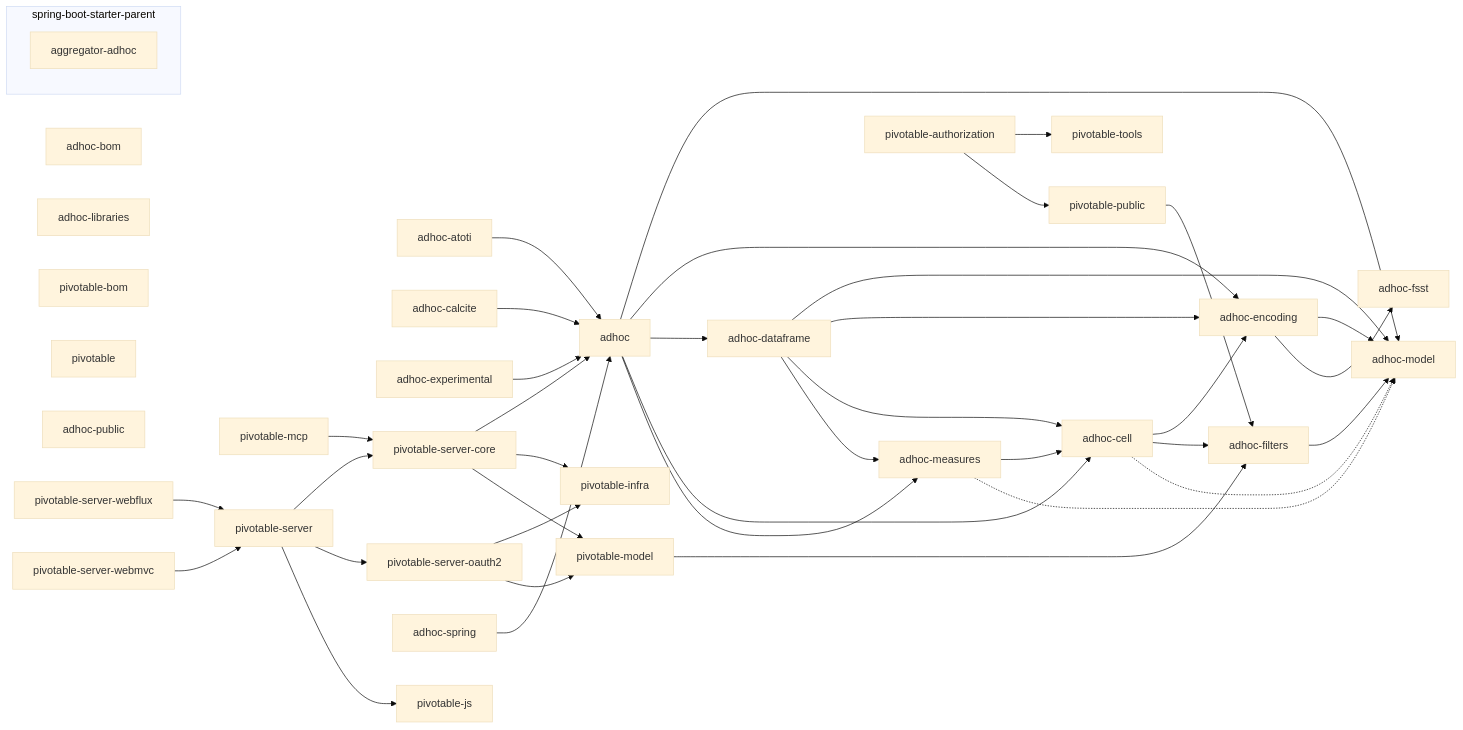
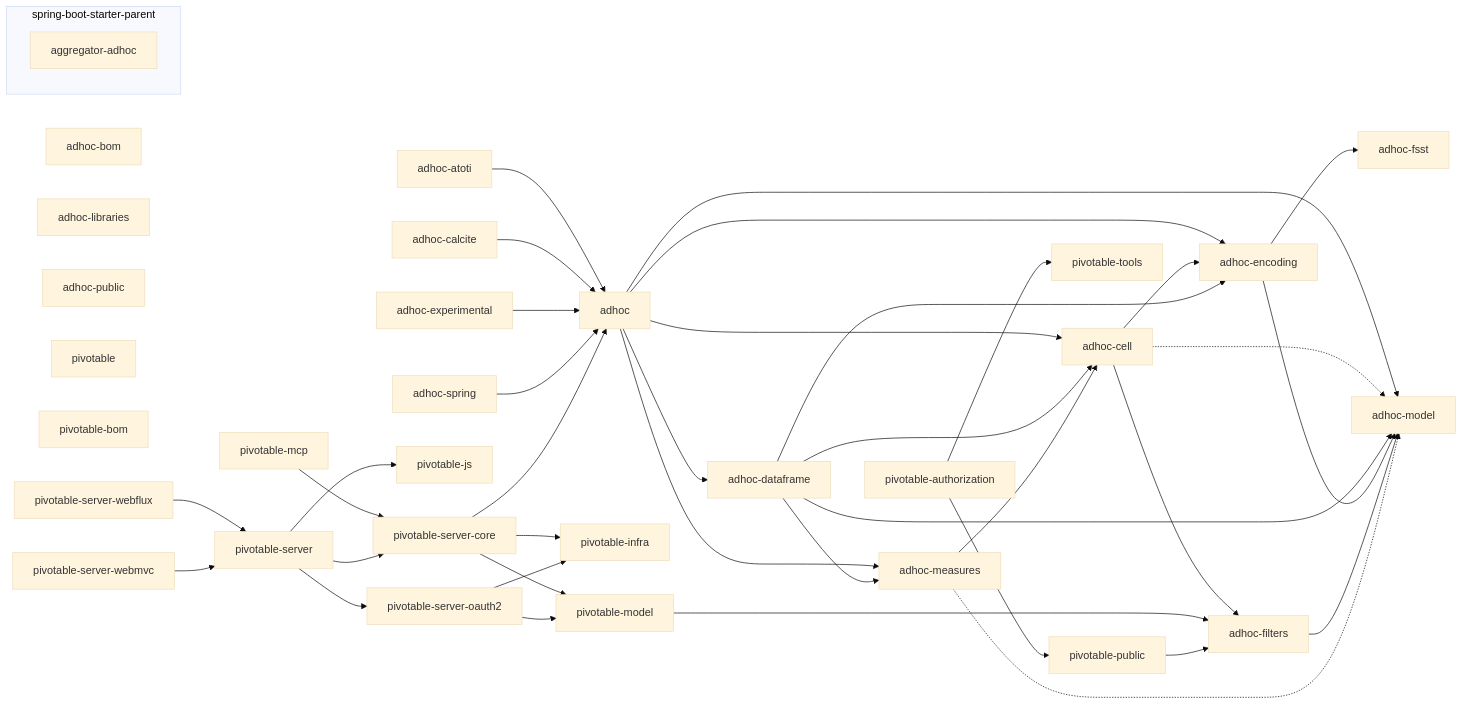
One commit to solven-eu/adhoc changed the diagram in docs/DEPENDENCIES.mmd. Above: the diagram before and after it, drawn with Mermaid (base theme). The commit also changed other lines of this file and 6 other files, not shown here.

Commit message:
Remove commented module-info, ensure ordering in Mermaid doc

```diff
--- a/docs/DEPENDENCIES.mmd
+++ b/docs/DEPENDENCIES.mmd
@@ -1,71 +1,71 @@
 flowchart LR
     adhoc["adhoc"]
     adhoc_atoti["adhoc-atoti"]
     adhoc_bom["adhoc-bom"]
     adhoc_calcite["adhoc-calcite"]
-    adhoc_experimental["adhoc-experimental"]
     adhoc_cell["adhoc-cell"]
     adhoc_dataframe["adhoc-dataframe"]
     adhoc_encoding["adhoc-encoding"]
+    adhoc_experimental["adhoc-experimental"]
     adhoc_filters["adhoc-filters"]
     adhoc_fsst["adhoc-fsst"]
+    adhoc_libraries["adhoc-libraries"]
     adhoc_measures["adhoc-measures"]
-    adhoc_libraries["adhoc-libraries"]
+    adhoc_model["adhoc-model"]
+    adhoc_public["adhoc-public"]
+    adhoc_spring["adhoc-spring"]
+    pivotable["pivotable"]
     pivotable_authorization["pivotable-authorization"]
     pivotable_bom["pivotable-bom"]
+    pivotable_infra["pivotable-infra"]
     pivotable_js["pivotable-js"]
     pivotable_mcp["pivotable-mcp"]
-    pivotable["pivotable"]
+    pivotable_model["pivotable-model"]
     pivotable_public["pivotable-public"]
+    pivotable_server["pivotable-server"]
     pivotable_server_core["pivotable-server-core"]
-    pivotable_server["pivotable-server"]
-    pivotable_tools["pivotable-tools"]
-    adhoc_public["adhoc-public"]
-    adhoc_spring["adhoc-spring"]
-    adhoc_model["adhoc-model"]
-    pivotable_infra["pivotable-infra"]
-    pivotable_model["pivotable-model"]
     pivotable_server_oauth2["pivotable-server-oauth2"]
     pivotable_server_webflux["pivotable-server-webflux"]
     pivotable_server_webmvc["pivotable-server-webmvc"]
+    pivotable_tools["pivotable-tools"]
 
     subgraph spring-boot-starter-parent
         aggregator_adhoc["aggregator-adhoc"]
     end
 
+    adhoc --> adhoc_cell
+    adhoc --> adhoc_dataframe
+    adhoc --> adhoc_encoding
+    adhoc --> adhoc_measures
     adhoc --> adhoc_model
-    adhoc --> adhoc_encoding
-    adhoc --> adhoc_dataframe
-    adhoc --> adhoc_cell
-    adhoc --> adhoc_measures
     adhoc_atoti --> adhoc
     adhoc_calcite --> adhoc
-    adhoc_experimental --> adhoc
     adhoc_cell --> adhoc_encoding
     adhoc_cell --> adhoc_filters
     adhoc_cell -.-> adhoc_model
+    adhoc_dataframe --> adhoc_cell
+    adhoc_dataframe --> adhoc_encoding
+    adhoc_dataframe --> adhoc_measures
     adhoc_dataframe --> adhoc_model
-    adhoc_dataframe --> adhoc_encoding
-    adhoc_dataframe --> adhoc_cell
-    adhoc_dataframe --> adhoc_measures
+    adhoc_encoding --> adhoc_fsst
     adhoc_encoding --> adhoc_model
-    adhoc_encoding --> adhoc_fsst
+    adhoc_experimental --> adhoc
     adhoc_filters --> adhoc_model
     adhoc_measures --> adhoc_cell
     adhoc_measures -.-> adhoc_model
+    adhoc_spring --> adhoc
+    pivotable_authorization --> pivotable_public
     pivotable_authorization --> pivotable_tools
-    pivotable_authorization --> pivotable_public
     pivotable_mcp --> pivotable_server_core
+    pivotable_model --> adhoc_filters
     pivotable_public --> adhoc_filters
+    pivotable_server --> pivotable_js
+    pivotable_server --> pivotable_server_core
+    pivotable_server --> pivotable_server_oauth2
     pivotable_server_core --> adhoc
     pivotable_server_core --> pivotable_infra
     pivotable_server_core --> pivotable_model
-    pivotable_server --> pivotable_server_core
-    pivotable_server --> pivotable_server_oauth2
-    pivotable_server --> pivotable_js
-    adhoc_spring --> adhoc
-    pivotable_model --> adhoc_filters
     pivotable_server_oauth2 --> pivotable_infra
     pivotable_server_oauth2 --> pivotable_model
     pivotable_server_webflux --> pivotable_server
     pivotable_server_webmvc --> pivotable_server
```
